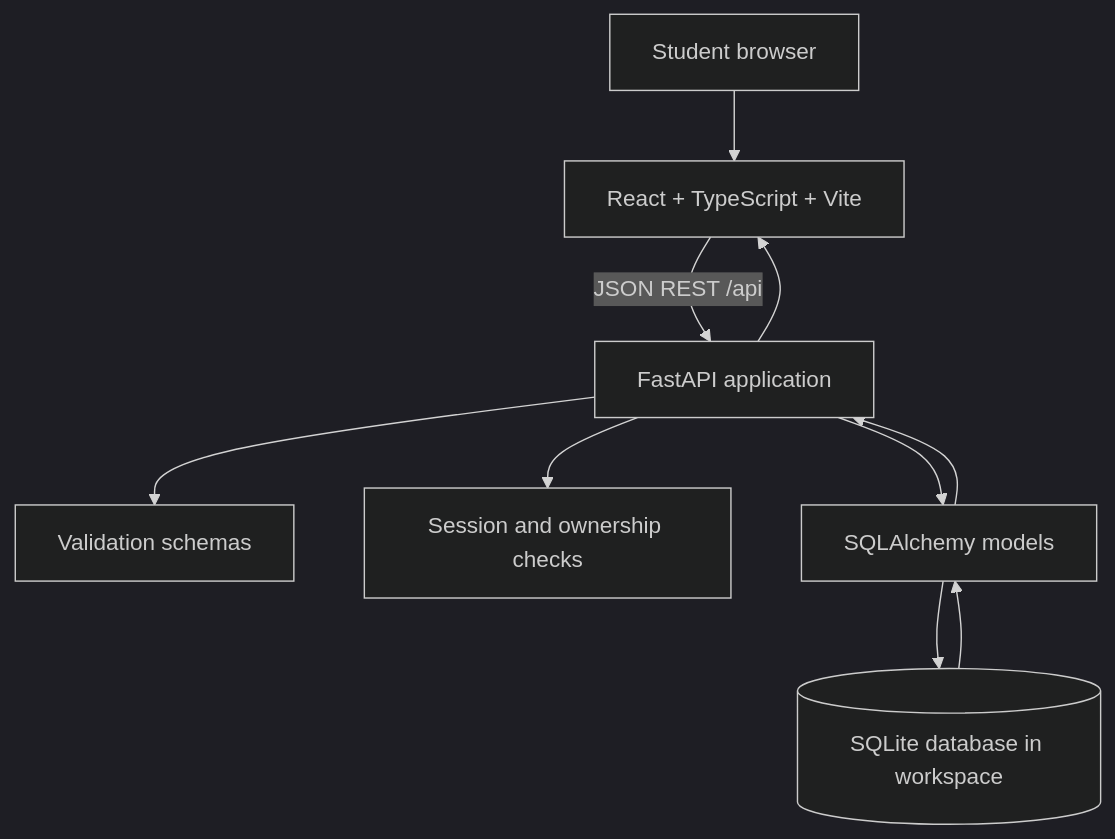
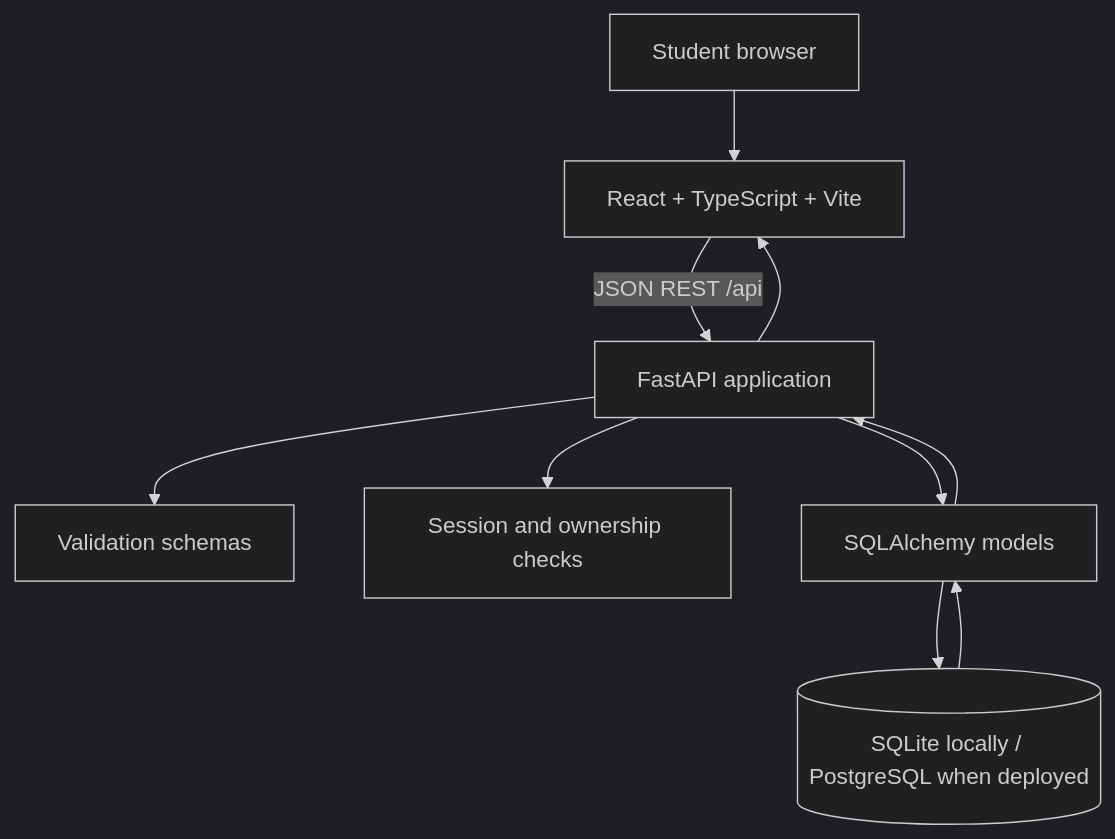
One commit to mihadkazi1/iub-lost-and-found changed the first of 2 diagrams in docs/TDD.md. Above: the diagram before and after it, drawn with Mermaid (dark theme). The commit also changed other lines of this file and 17 other files, not shown here.

````diff
--- a/docs/TDD.md
+++ b/docs/TDD.md
@@ -11,10 +11,10 @@
 ```mermaid
 flowchart TD
     A[Student browser] --> B[React + TypeScript + Vite]
     B -->|JSON REST /api| C[FastAPI application]
     C --> D[Validation schemas]
     C --> E[Session and ownership checks]
     C --> F[SQLAlchemy models]
-    F --> G[(SQLite database in workspace)]
+    F --> G[(SQLite locally / PostgreSQL when deployed)]
     G --> F --> C --> B
 ```
````
